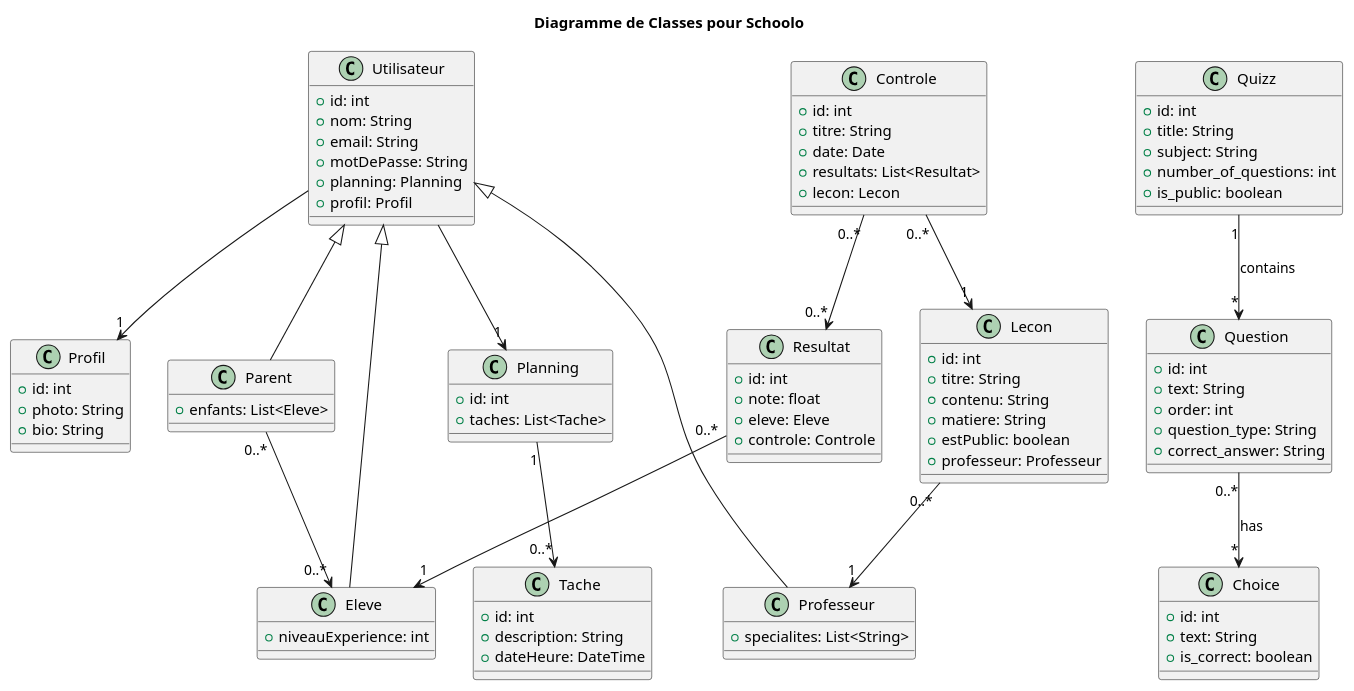
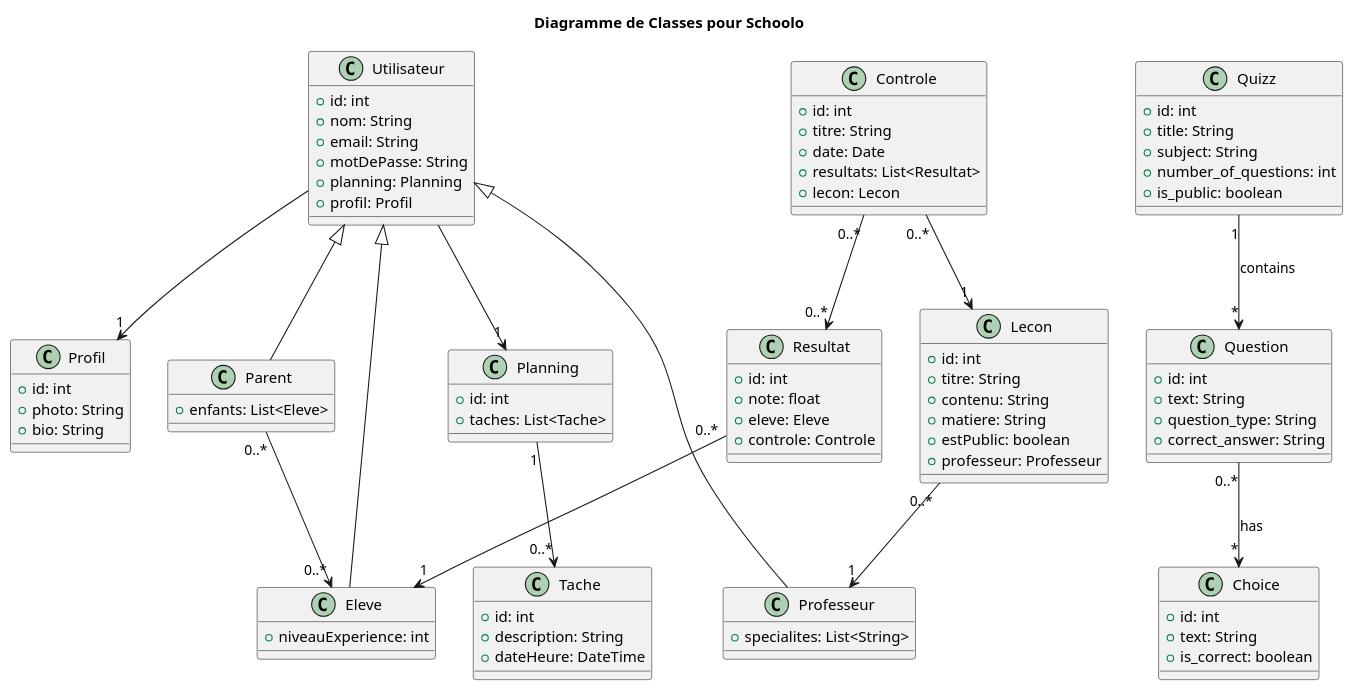
One commit to PIROSS-Dynamics/Schoolo-back changed the diagram in schoolo.puml. Above: the diagram before and after it, drawn with PlantUML. The commit also changed 21 other files, not shown here.

```diff
--- a/schoolo.puml
+++ b/schoolo.puml
@@ -1,101 +1,100 @@
 @startuml
 title Diagramme de Classes pour Schoolo
 
 class Utilisateur {
     +id: int
     +nom: String
     +email: String
     +motDePasse: String
     +planning: Planning
     +profil: Profil
 }
 
 
 class Profil {
     +id: int
     +photo: String
     +bio: String
 }
 
 class Eleve extends Utilisateur {
     +niveauExperience: int
 }
 
 class Professeur extends Utilisateur {
     +specialites: List<String>
 }
 
 class Parent extends Utilisateur {
     +enfants: List<Eleve>
 }
 
 class Lecon {
     +id: int
     +titre: String
     +contenu: String
     +matiere: String
     +estPublic: boolean
     +professeur: Professeur
 }
 
 class Controle {
     +id: int
     +titre: String
     +date: Date
     +resultats: List<Resultat>
     +lecon: Lecon
 }
 
 class Resultat {
     +id: int
     +note: float
     +eleve: Eleve
     +controle: Controle
 }
 
 class Planning {
     +id: int
     +taches: List<Tache>
 }
 
 class Tache {
     +id: int
     +description: String
     +dateHeure: DateTime
 }
 class Quizz {
     +id: int
     +title: String
     +subject: String
     +number_of_questions: int
     +is_public: boolean
 }
 
 class Question {
     +id: int
     +text: String
-    +order: int
     +question_type: String
     +correct_answer: String
 }
 
 class Choice {
     +id: int
     +text: String
     +is_correct: boolean
 }
 
 Quizz "1" --> "*" Question : contains
 Question "0..*" --> "*" Choice : has
 Utilisateur  --> "1" Planning
 Utilisateur  --> "1" Profil
 Parent "0..*" --> "0..*" Eleve
 Lecon "0..*" --> "1" Professeur
 Controle "0..*" --> "1" Lecon
 Resultat "0..*" --> "1" Eleve
 Controle "0..*" --> "0..*" Resultat
 Planning "1" --> "0..*" Tache
 
 
 
 @enduml
```
